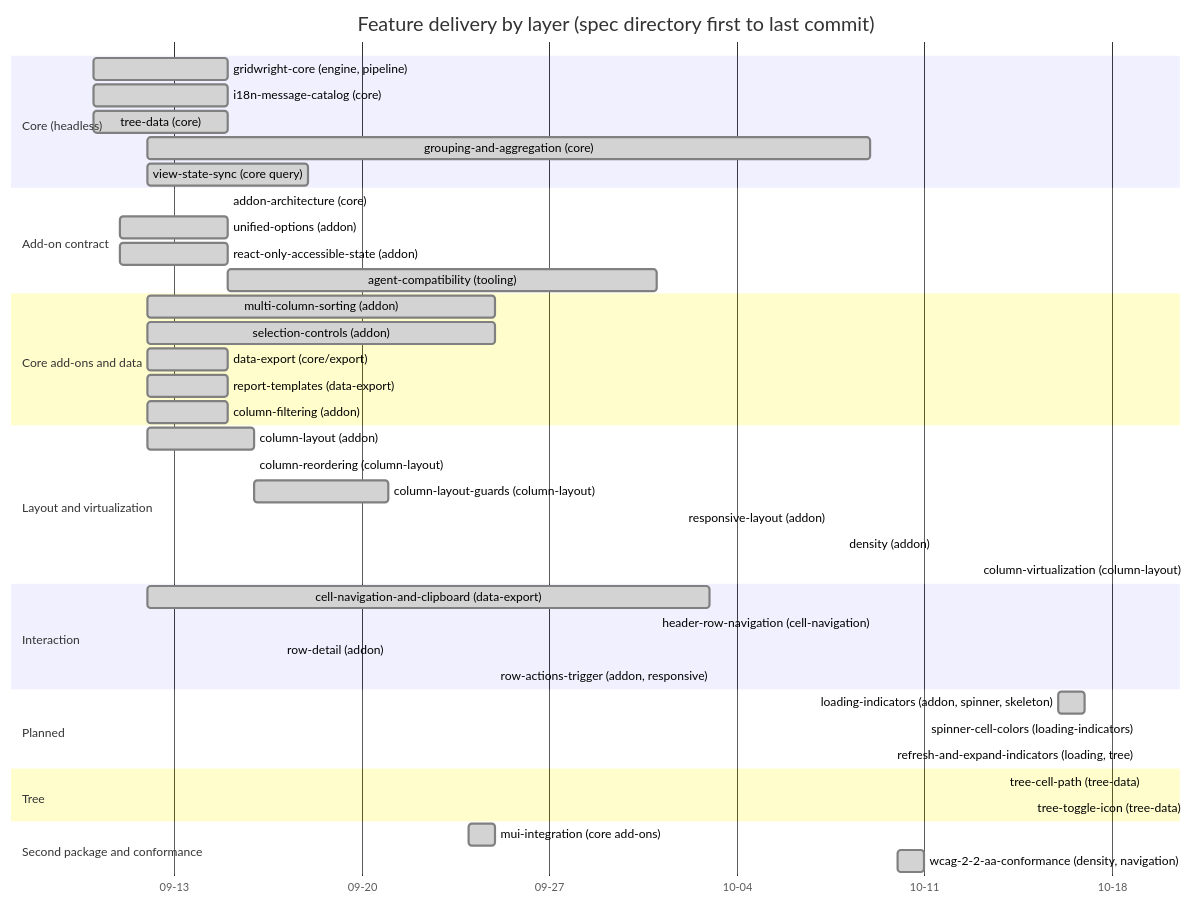
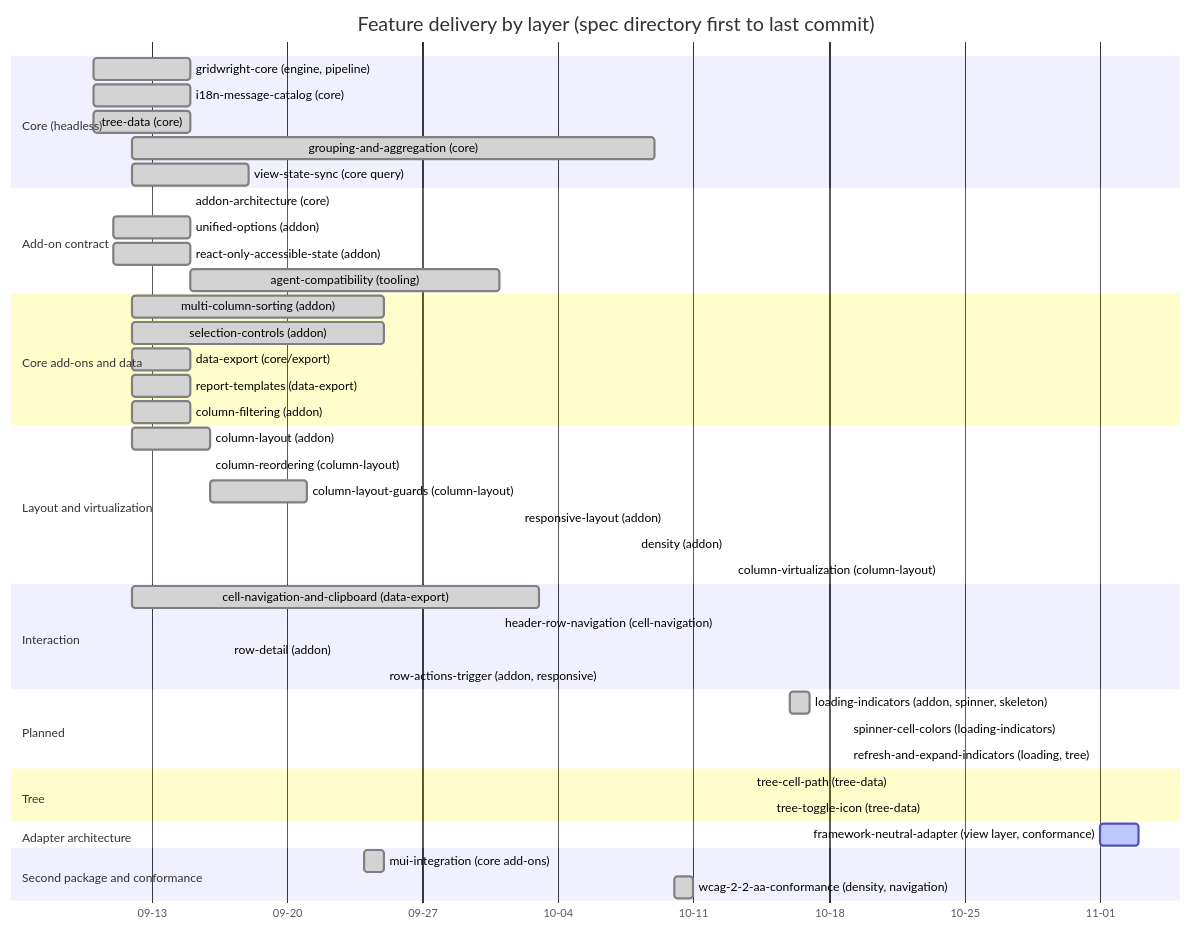
The third of 3 diagrams in specs/DEPENDENCY_MAP.md (yaotzin1/apsw-gridwright), drawn with Mermaid before and after one commit. The commit also changed other lines of this file and 95 other files, not shown here.

First line of the commit message:
feat(view): framework-neutral view layer, apsw-gridwright/view and /conformance (#151)

````diff
--- a/specs/DEPENDENCY_MAP.md
+++ b/specs/DEPENDENCY_MAP.md
@@ -199,53 +218,56 @@
 ```mermaid
 gantt
     title Feature delivery by layer (spec directory first to last commit)
     dateFormat YYYY-MM-DD
     axisFormat %m-%d
 
     section Core (headless)
     gridwright-core (engine, pipeline)            :done, core, 2026-09-10, 2026-09-15
     i18n-message-catalog (core)                   :done, i18n, 2026-09-10, 2026-09-15
     tree-data (core)                              :done, tree, 2026-09-10, 2026-09-15
     grouping-and-aggregation (core)               :done, grp, 2026-09-12, 2026-10-09
     view-state-sync (core query)                  :done, vss, 2026-09-12, 2026-09-18
 
     section Add-on contract
     addon-architecture (core)                     :done, addon, 2026-09-15, 2026-09-15
     unified-options (addon)                       :done, uopt, 2026-09-11, 2026-09-15
     react-only-accessible-state (addon)           :done, a11y, 2026-09-11, 2026-09-15
     agent-compatibility (tooling)                 :done, agent, 2026-09-15, 2026-10-01
 
     section Core add-ons and data
     multi-column-sorting (addon)                  :done, sort, 2026-09-12, 2026-09-25
     selection-controls (addon)                    :done, sel, 2026-09-12, 2026-09-25
     data-export (core/export)                     :done, exp, 2026-09-12, 2026-09-15
     report-templates (data-export)                :done, rpt, 2026-09-12, 2026-09-15
     column-filtering (addon)                      :done, filt, 2026-09-12, 2026-09-15
 
     section Layout and virtualization
     column-layout (addon)                         :done, lay, 2026-09-12, 2026-09-16
     column-reordering (column-layout)             :done, reord, 2026-09-16, 2026-09-16
     column-layout-guards (column-layout)          :done, guard, 2026-09-16, 2026-09-21
     responsive-layout (addon)                     :done, resp, 2026-10-02, 2026-10-02
     density (addon)                               :done, dens, 2026-10-08, 2026-10-08
     column-virtualization (column-layout)         :done, cvirt, 2026-10-13, 2026-10-13
 
     section Interaction
     cell-navigation-and-clipboard (data-export)   :done, nav, 2026-09-12, 2026-10-03
     header-row-navigation (cell-navigation)       :done, hnav, 2026-10-01, 2026-10-01
     row-detail (addon)                            :done, detail, 2026-09-17, 2026-09-17
     row-actions-trigger (addon, responsive)       :done, ract, 2026-09-25, 2026-09-25
 
     section Planned
     loading-indicators (addon, spinner, skeleton)  :done, load, 2026-10-16, 2026-10-17
     spinner-cell-colors (loading-indicators)       :done, scol, 2026-10-19, 2026-10-19
     refresh-and-expand-indicators (loading, tree)  :done, rexp, 2026-10-19, 2026-10-19
 
     section Tree
     tree-cell-path (tree-data)                    :done, tpath, 2026-10-14, 2026-10-14
     tree-toggle-icon (tree-data)                  :done, ticon, 2026-10-15, 2026-10-15
 
+    section Adapter architecture
+    framework-neutral-adapter (view layer, conformance) :active, adapt, 2026-11-01, 2026-11-03
+
     section Second package and conformance
     mui-integration (core add-ons)                :done, mui, 2026-09-24, 2026-09-25
     wcag-2-2-aa-conformance (density, navigation) :done, wcag, 2026-10-10, 2026-10-11
 ```
````
